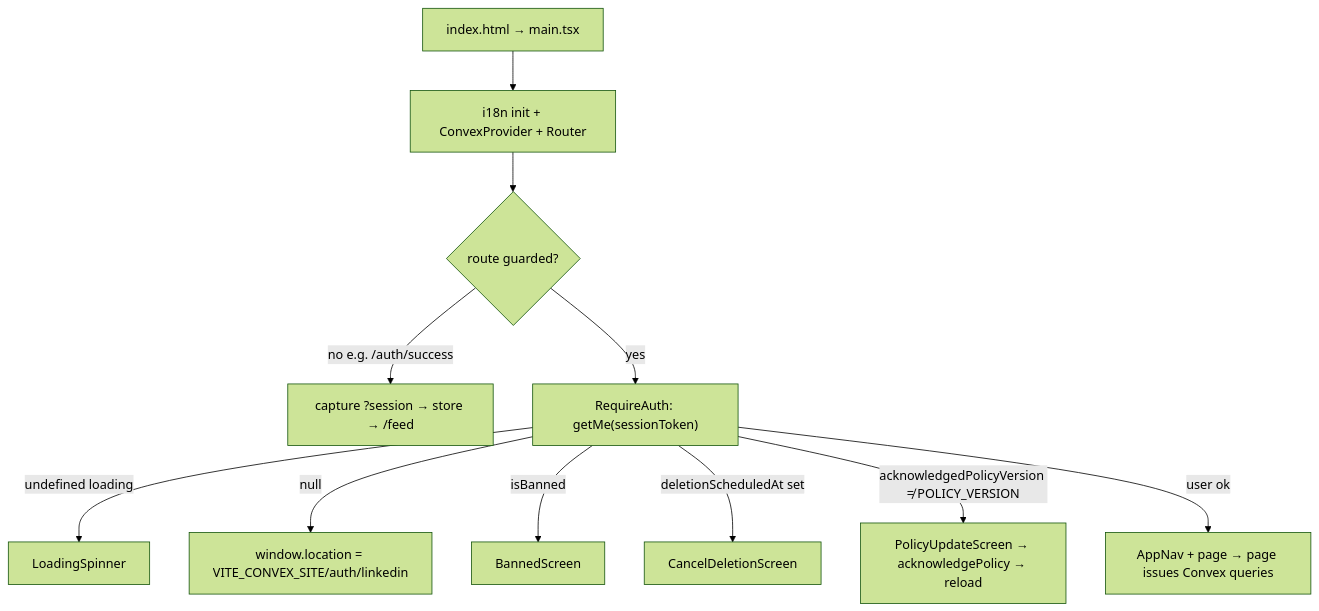
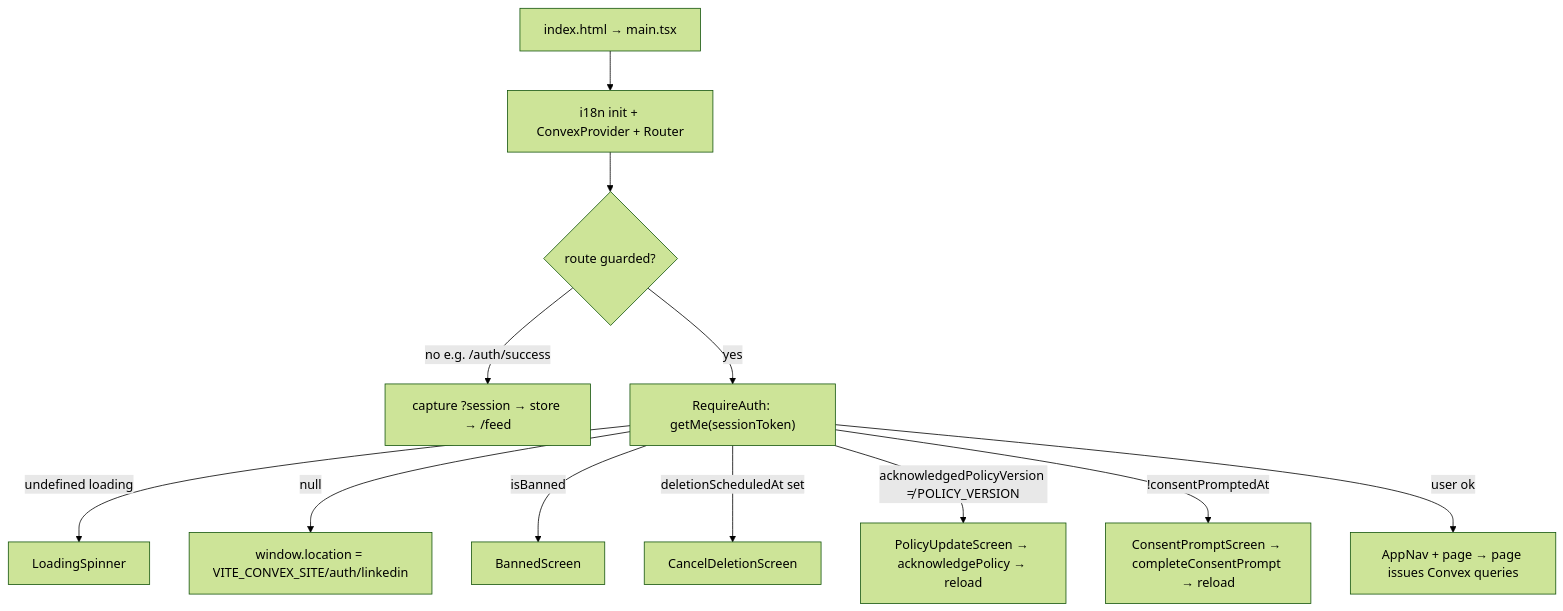
One commit to henriko202/glowing-octo-guide changed diagram 16 of 16 in docs/PLATFORM.md. Above: the diagram before and after it, drawn with Mermaid (forest theme). The commit also changed other lines of this file and 9 other files, not shown here.

First line of the commit message:
feat(privacy): introduce first-login consent prompt for communication and analytics preferences

````diff
--- a/docs/PLATFORM.md
+++ b/docs/PLATFORM.md
@@ -1223,13 +1233,14 @@
 ```mermaid
 flowchart TD
   L["index.html → main.tsx"] --> I["i18n init + ConvexProvider + Router"]
   I --> RT{"route guarded?"}
   RT -->|no e.g. /auth/success| LAND["capture ?session → store → /feed"]
   RT -->|yes| RA["RequireAuth: getMe(sessionToken)"]
   RA -->|undefined loading| SP["LoadingSpinner"]
   RA -->|null| OAUTH["window.location = VITE_CONVEX_SITE/auth/linkedin"]
   RA -->|isBanned| BAN["BannedScreen"]
   RA -->|deletionScheduledAt set| CDEL["CancelDeletionScreen"]
   RA -->|"acknowledgedPolicyVersion ≠ POLICY_VERSION"| RECON["PolicyUpdateScreen → acknowledgePolicy → reload"]
+  RA -->|"!consentPromptedAt"| CONSENT["ConsentPromptScreen → completeConsentPrompt → reload"]
   RA -->|user ok| SHELL["AppNav + page → page issues Convex queries"]
 ```
````
